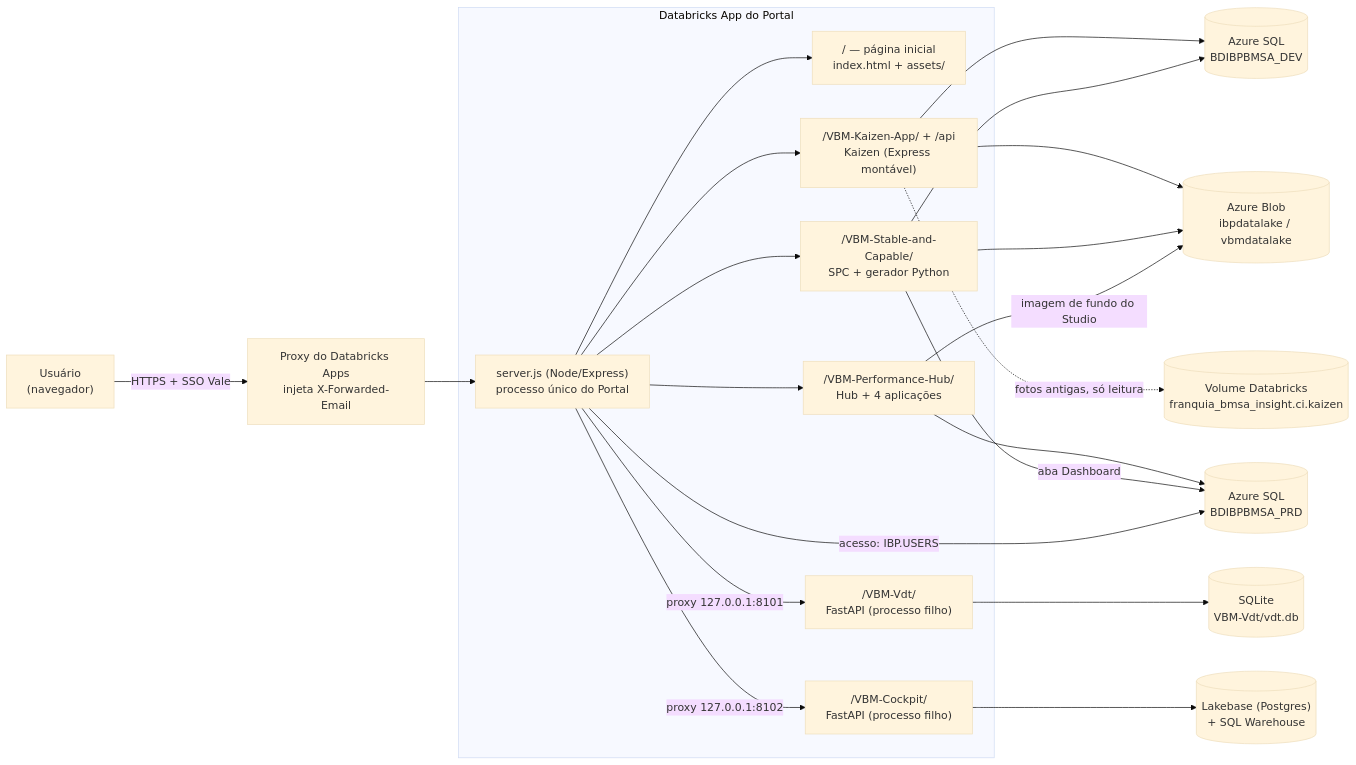
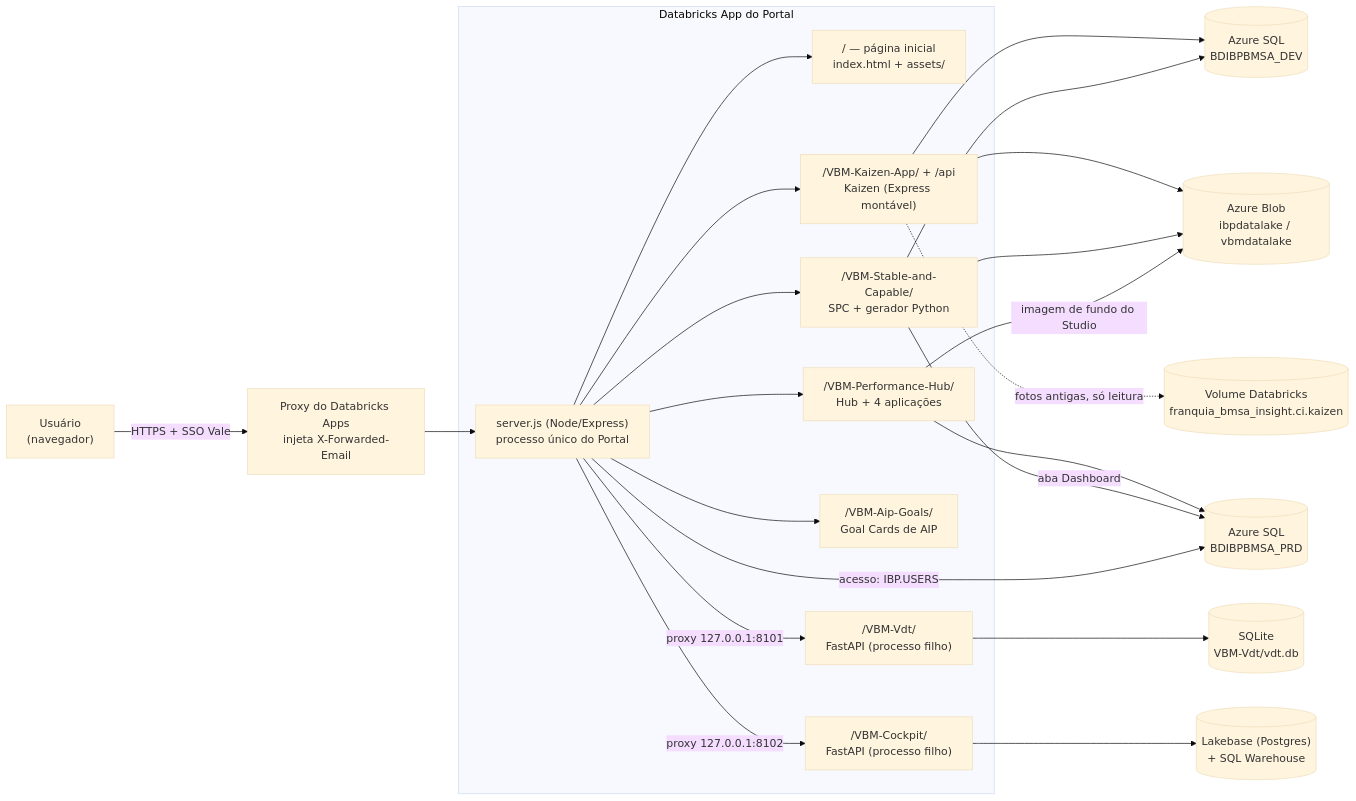
The first of 3 diagrams in docs/ARQUITETURA.md (002felip/pci-portal), drawn with Mermaid (base theme) before and after one commit. The commit also changed other lines of this file and 12 other files, not shown here.

First line of the commit message:
AIP Goals: tela T01 Minhas pendências (VBM-Aip-Goals)

````diff
--- a/docs/ARQUITETURA.md
+++ b/docs/ARQUITETURA.md
@@ -18,26 +18,27 @@
 ```mermaid
 flowchart LR
   U["Usuário<br/>(navegador)"] -->|HTTPS + SSO Vale| P["Proxy do Databricks Apps<br/>injeta X-Forwarded-Email"]
   P --> S["server.js (Node/Express)<br/>processo único do Portal"]
 
   subgraph Portal["Databricks App do Portal"]
     S --> H["/ — página inicial<br/>index.html + assets/"]
     S --> K["/VBM-Kaizen-App/ + /api<br/>Kaizen (Express montável)"]
     S --> PH["/VBM-Performance-Hub/<br/>Hub + 4 aplicações"]
     S --> SC["/VBM-Stable-and-Capable/<br/>SPC + gerador Python"]
+    S --> AG["/VBM-Aip-Goals/<br/>Goal Cards de AIP"]
     S -->|proxy 127.0.0.1:8101| V["/VBM-Vdt/<br/>FastAPI (processo filho)"]
     S -->|proxy 127.0.0.1:8102| C["/VBM-Cockpit/<br/>FastAPI (processo filho)"]
   end
 
   K --> SQLDEV[("Azure SQL<br/>BDIBPBMSA_DEV")]
   SC --> SQLDEV
   PH --> SQLPRD[("Azure SQL<br/>BDIBPBMSA_PRD")]
   SC -->|aba Dashboard| SQLPRD
   S -->|acesso: IBP.USERS| SQLPRD
   K --> BLOB[("Azure Blob<br/>ibpdatalake / vbmdatalake")]
   SC --> BLOB
   PH -->|imagem de fundo do Studio| BLOB
   K -.->|fotos antigas, só leitura| VOL[("Volume Databricks<br/>franquia_bmsa_insight.ci.kaizen")]
   V --> SQLITE[("SQLite<br/>VBM-Vdt/vdt.db")]
   C --> LB[("Lakebase (Postgres)<br/>+ SQL Warehouse")]
 ```
````
